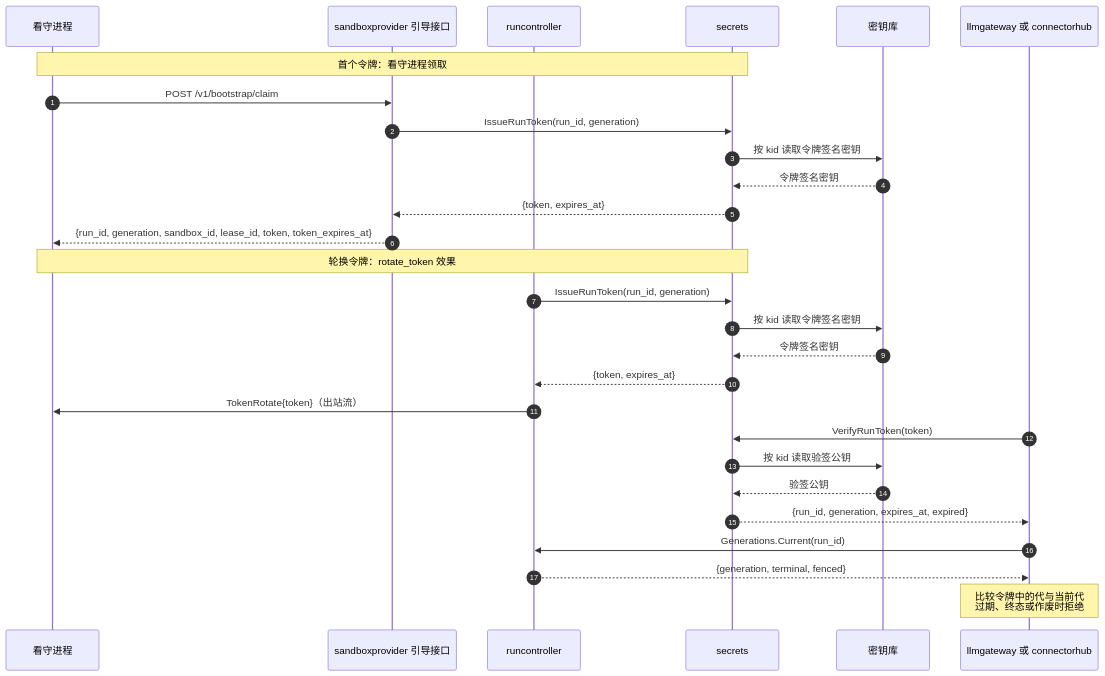
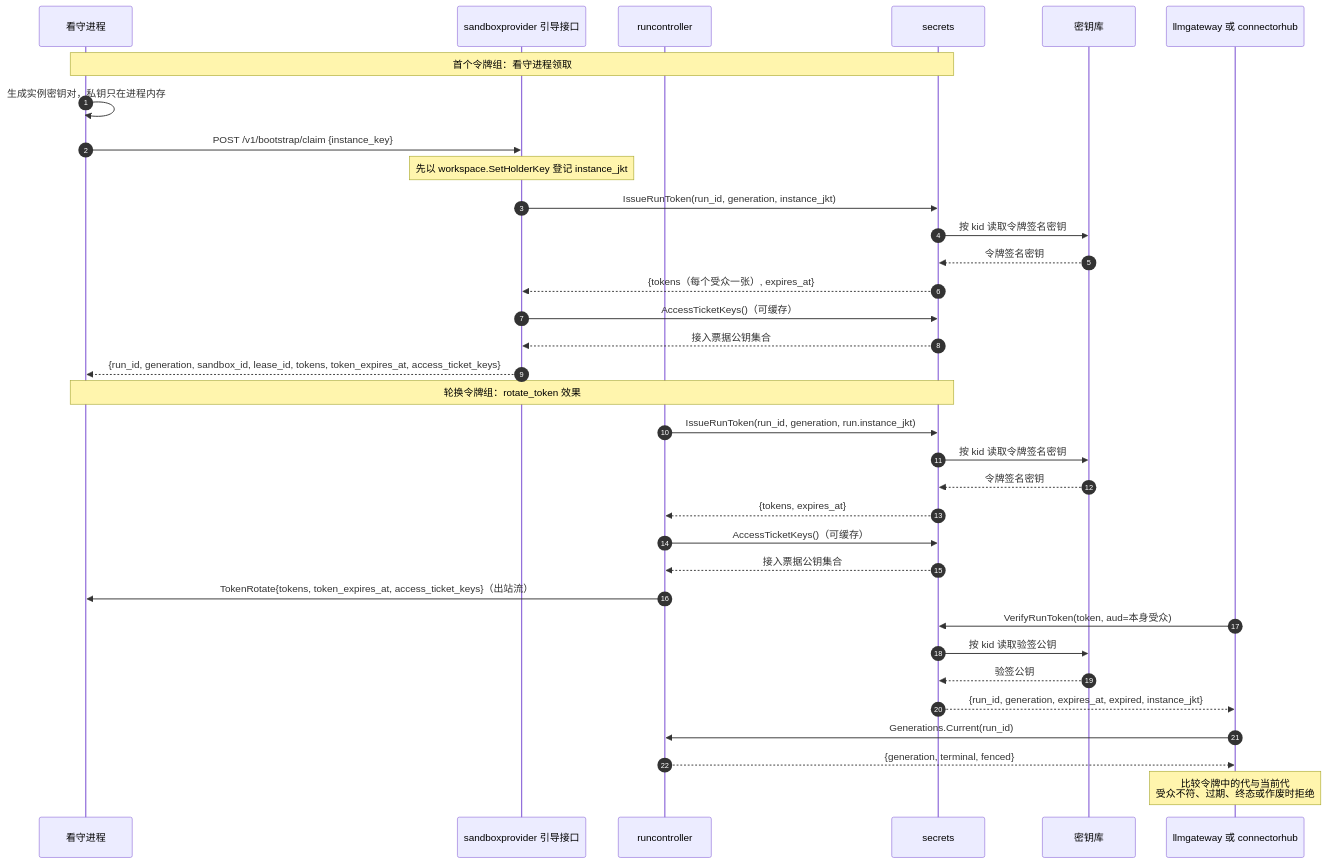
The second of 4 diagrams in docs/design/modules/design-secrets.md (wangzw/castworks), drawn with Mermaid before and after one commit. The commit also changed other lines of this file and 29 other files, not shown here.

````diff
--- a/docs/design/modules/design-secrets.md
+++ b/docs/design/modules/design-secrets.md
@@ -300,30 +390,36 @@
 ```mermaid
 sequenceDiagram
     autonumber
     participant W as 看守进程
     participant P as sandboxprovider 引导接口
     participant R as runcontroller
     participant S as secrets
     participant V as 密钥库
     participant G as llmgateway 或 connectorhub
-    Note over W,S: 首个令牌：看守进程领取
-    W->>P: POST /v1/bootstrap/claim
-    P->>S: IssueRunToken(run_id, generation)
+    Note over W,S: 首个令牌组：看守进程领取
+    W->>W: 生成实例密钥对，私钥只在进程内存
+    W->>P: POST /v1/bootstrap/claim {instance_key}
+    Note over P: 先以 workspace.SetHolderKey 登记 instance_jkt
+    P->>S: IssueRunToken(run_id, generation, instance_jkt)
     S->>V: 按 kid 读取令牌签名密钥
     V-->>S: 令牌签名密钥
-    S-->>P: {token, expires_at}
-    P-->>W: {run_id, generation, sandbox_id, lease_id, token, token_expires_at}
-    Note over W,S: 轮换令牌：rotate_token 效果
-    R->>S: IssueRunToken(run_id, generation)
+    S-->>P: {tokens（每个受众一张）, expires_at}
+    P->>S: AccessTicketKeys()（可缓存）
+    S-->>P: 接入票据公钥集合
+    P-->>W: {run_id, generation, sandbox_id, lease_id, tokens, token_expires_at, access_ticket_keys}
+    Note over W,S: 轮换令牌组：rotate_token 效果
+    R->>S: IssueRunToken(run_id, generation, run.instance_jkt)
     S->>V: 按 kid 读取令牌签名密钥
     V-->>S: 令牌签名密钥
-    S-->>R: {token, expires_at}
-    R->>W: TokenRotate{token}（出站流）
-    G->>S: VerifyRunToken(token)
+    S-->>R: {tokens, expires_at}
+    R->>S: AccessTicketKeys()（可缓存）
+    S-->>R: 接入票据公钥集合
+    R->>W: TokenRotate{tokens, token_expires_at, access_ticket_keys}（出站流）
+    G->>S: VerifyRunToken(token, aud=本身受众)
     S->>V: 按 kid 读取验签公钥
     V-->>S: 验签公钥
-    S-->>G: {run_id, generation, expires_at, expired}
+    S-->>G: {run_id, generation, expires_at, expired, instance_jkt}
     G->>R: Generations.Current(run_id)
     R-->>G: {generation, terminal, fenced}
-    Note over G: 比较令牌中的代与当前代<br/>过期、终态或作废时拒绝
+    Note over G: 比较令牌中的代与当前代<br/>受众不符、过期、终态或作废时拒绝
 ```
````
